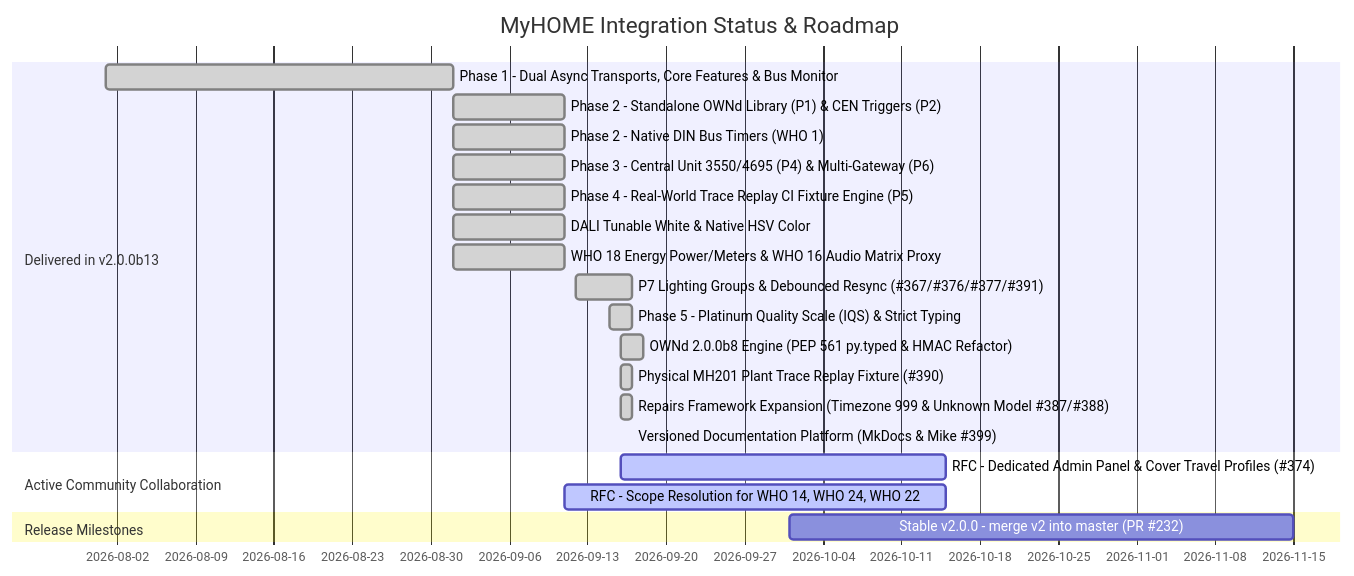
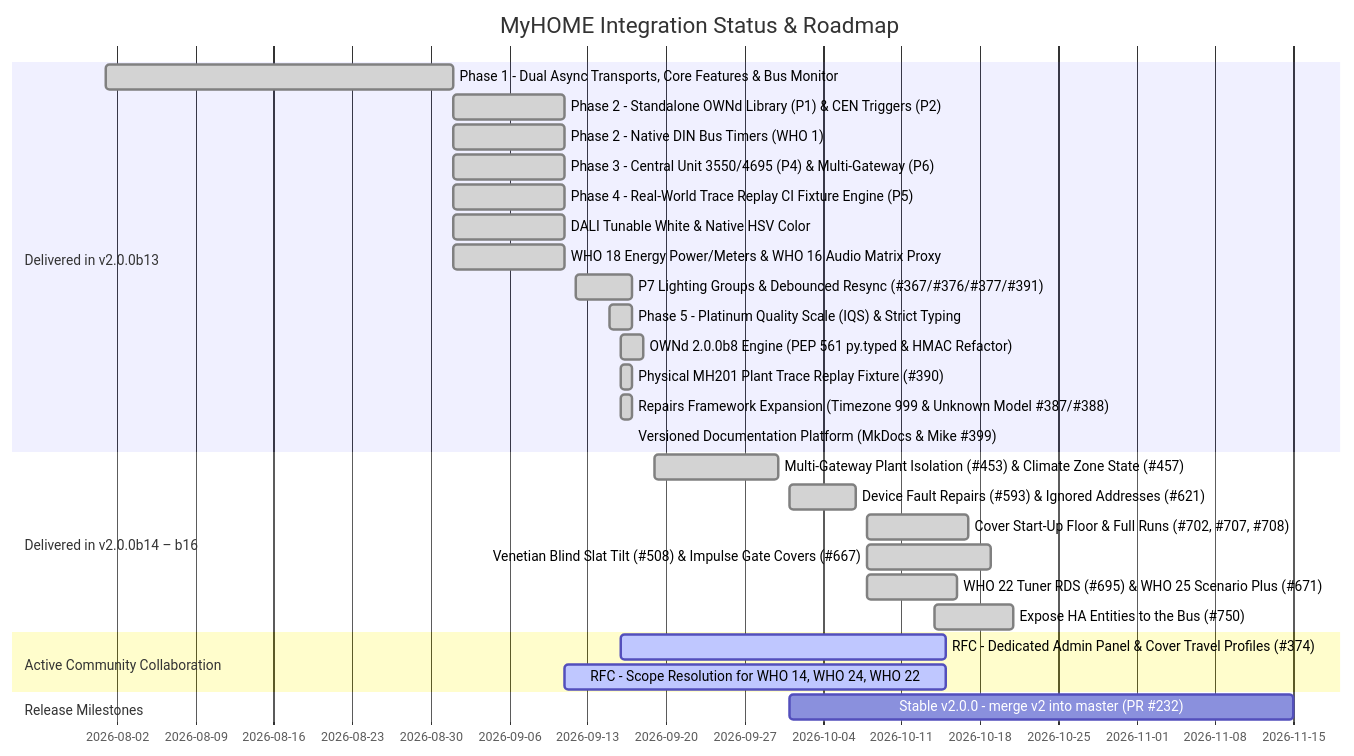
One commit to OpenWebNet-HA/MyHOME changed the first of 3 diagrams in ROADMAP.md. Above: the diagram before and after it, drawn with Mermaid. The commit also changed other lines of this file and 4 other files, not shown here.

First line of the commit message:
docs(release): bring README and the roadmap pages up to 2.0.0b16

````diff
--- a/ROADMAP.md
+++ b/ROADMAP.md
@@ -13,24 +13,31 @@
 ```mermaid
 gantt
     title MyHOME Integration Status & Roadmap
     dateFormat  YYYY-MM-DD
     section Delivered in v2.0.0b13
     Phase 1 - Dual Async Transports, Core Features & Bus Monitor    :done, 2026-08-01, 2026-09-01
     Phase 2 - Standalone OWNd Library (P1) & CEN Triggers (P2)      :done, 2026-09-01, 2026-09-11
     Phase 2 - Native DIN Bus Timers (WHO 1)                         :done, 2026-09-01, 2026-09-11
     Phase 3 - Central Unit 3550/4695 (P4) & Multi-Gateway (P6)      :done, 2026-09-01, 2026-09-11
     Phase 4 - Real-World Trace Replay CI Fixture Engine (P5)        :done, 2026-09-01, 2026-09-11
     DALI Tunable White & Native HSV Color                           :done, 2026-09-01, 2026-09-11
     WHO 18 Energy Power/Meters & WHO 16 Audio Matrix Proxy          :done, 2026-09-01, 2026-09-11
     P7 Lighting Groups & Debounced Resync (#367/#376/#377/#391)     :done, 2026-09-12, 2026-09-17
     Phase 5 - Platinum Quality Scale (IQS) & Strict Typing          :done, 2026-09-15, 2026-09-17
     OWNd 2.0.0b8 Engine (PEP 561 py.typed & HMAC Refactor)          :done, 2026-09-16, 2026-09-18
     Physical MH201 Plant Trace Replay Fixture (#390)                :done, 2026-09-16, 2026-09-17
     Repairs Framework Expansion (Timezone 999 & Unknown Model #387/#388) :done, 2026-09-16, 2026-09-17
     Versioned Documentation Platform (MkDocs & Mike #399)           :done, 2026-09-17, 2026-09-17
+    section Delivered in v2.0.0b14 – b16
+    Multi-Gateway Plant Isolation (#453) & Climate Zone State (#457) :done, 2026-09-19, 2026-09-30
+    Device Fault Repairs (#593) & Ignored Addresses (#621)          :done, 2026-10-01, 2026-10-07
+    Cover Start-Up Floor & Full Runs (#702, #707, #708)             :done, 2026-10-08, 2026-10-17
+    Venetian Blind Slat Tilt (#508) & Impulse Gate Covers (#667)    :done, 2026-10-08, 2026-10-19
+    WHO 22 Tuner RDS (#695) & WHO 25 Scenario Plus (#671)           :done, 2026-10-08, 2026-10-16
+    Expose HA Entities to the Bus (#750)                            :done, 2026-10-14, 2026-10-21
     section Active Community Collaboration
     RFC - Dedicated Admin Panel & Cover Travel Profiles (#374)      :active, 2026-09-16, 2026-10-15
     RFC - Scope Resolution for WHO 14, WHO 24, WHO 22               :active, 2026-09-11, 2026-10-15
     section Release Milestones
     Stable v2.0.0 - merge v2 into master (PR #232)                  :2026-10-01, 2026-11-15
 ```
````
